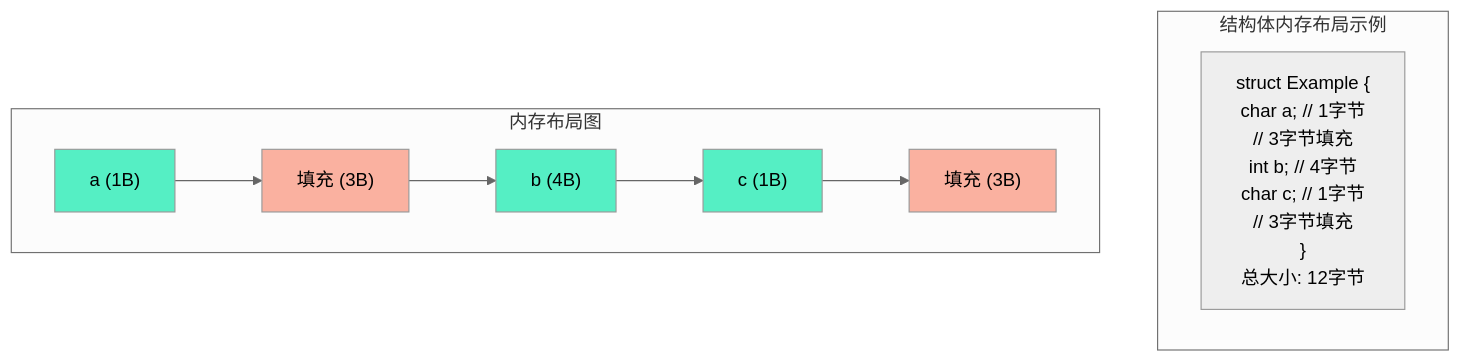
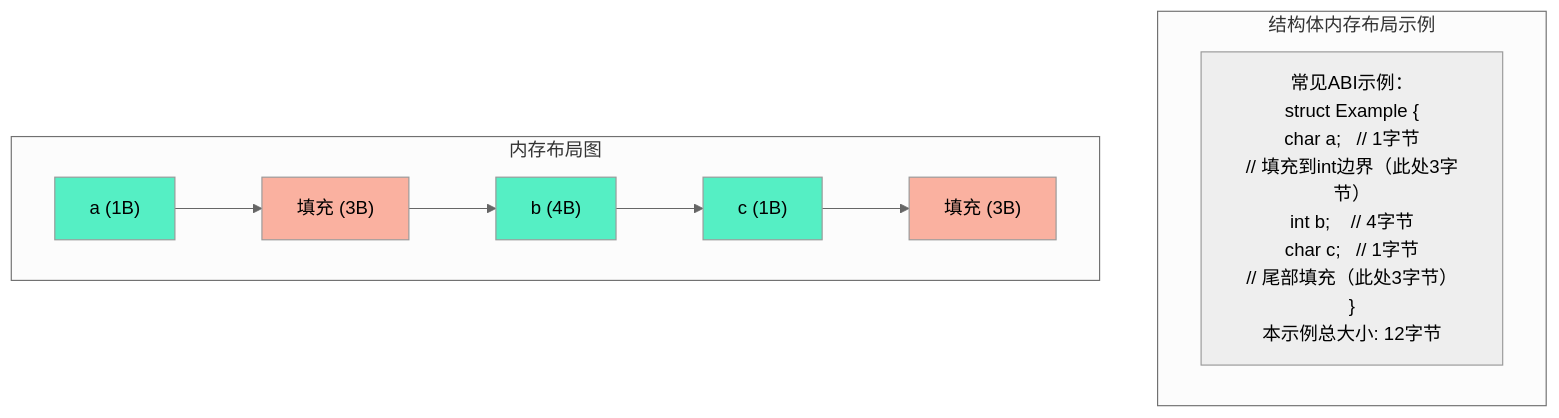
The fifth of 7 diagrams in week_04/day_26/README.md (mlbo/cpp_learning), drawn with Mermaid (neutral theme) before and after one commit. The commit also changed other lines of this file and 675 other files, not shown here.

````diff
--- a/week_04/day_26/README.md
+++ b/week_04/day_26/README.md
@@ -194,19 +201,19 @@
 ```mermaid
 graph TB
     subgraph "结构体内存布局示例"
-    S1["struct Example {<br/>char a;   // 1字节<br/>// 3字节填充<br/>int b;    // 4字节<br/>char c;   // 1字节<br/>// 3字节填充<br/>}<br/>总大小: 12字节"]
+    S1["常见ABI示例：<br/>struct Example {<br/>char a;   // 1字节<br/>// 填充到int边界（此处3字节）<br/>int b;    // 4字节<br/>char c;   // 1字节<br/>// 尾部填充（此处3字节）<br/>}<br/>本示例总大小: 12字节"]
     end
     
     subgraph "内存布局图"
     A["a (1B)"] --> P1["填充 (3B)"]
     P1 --> B["b (4B)"]
     B --> C["c (1B)"]
     C --> P2["填充 (3B)"]
     end
     
     style P1 fill:#fab1a0
     style P2 fill:#fab1a0
     style A fill:#55efc4
     style B fill:#55efc4
     style C fill:#55efc4
 ```
````
